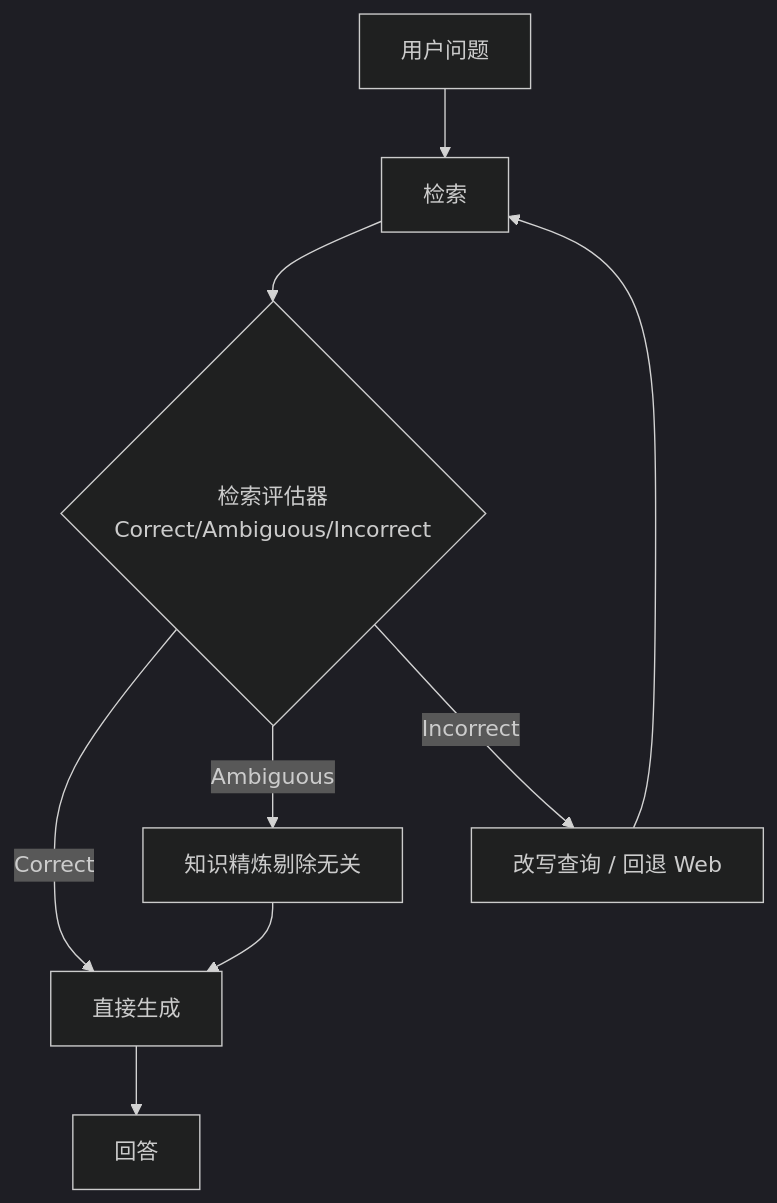
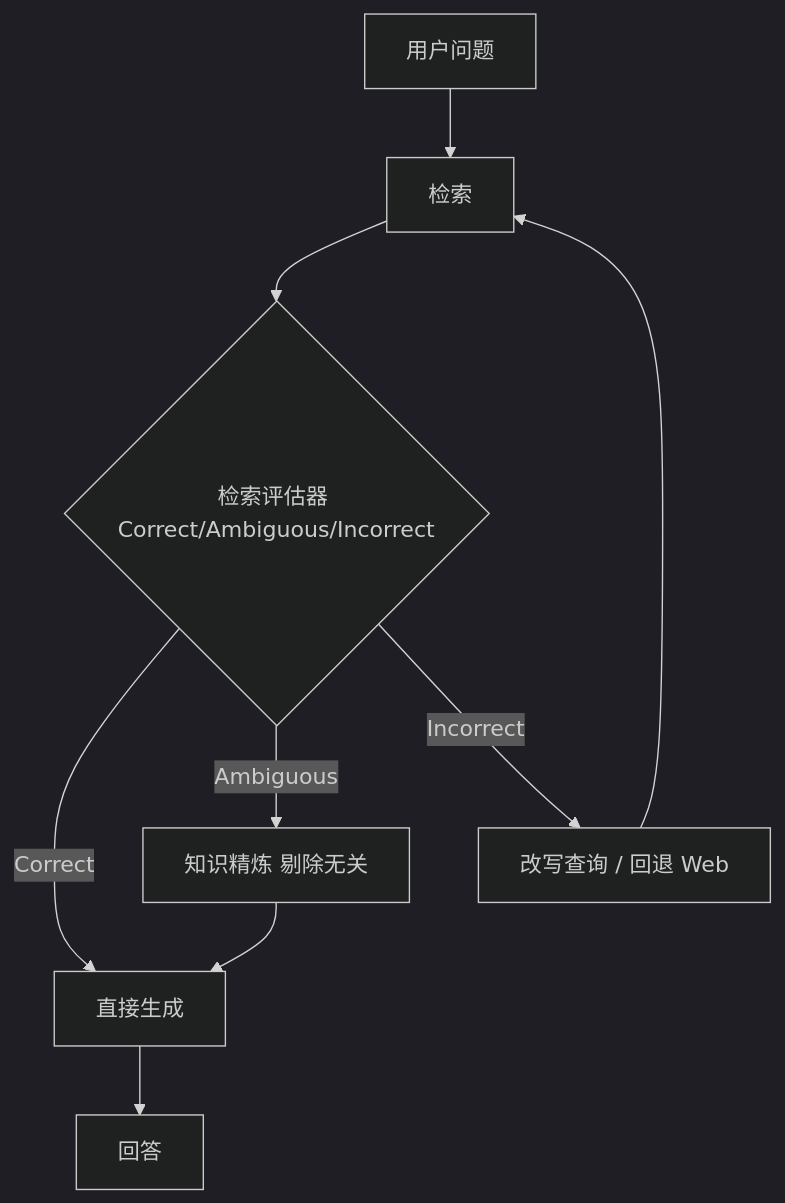
Before and after one commit to Laughingtt/kb-retrieval-sys: the tenth of 18 diagrams in docs/kb_retrieval_solutions.md, drawn with Mermaid (dark theme). The commit also changed other lines of this file, not shown here.

````diff
--- a/docs/kb_retrieval_solutions.md
+++ b/docs/kb_retrieval_solutions.md
@@ -403,11 +432,11 @@
 ```mermaid
 flowchart TD
     Q[用户问题] --> R[检索]
-    R --> E{检索评估器Correct/Ambiguous/Incorrect}
+    R --> E{检索评估器 Correct/Ambiguous/Incorrect}
     E -->|Correct| G[直接生成]
-    E -->|Ambiguous| K[知识精炼剔除无关]
+    E -->|Ambiguous| K[知识精炼 剔除无关]
     K --> G
     E -->|Incorrect| W[改写查询 / 回退 Web]
     W --> R
     G --> A[回答]
 ```
````
